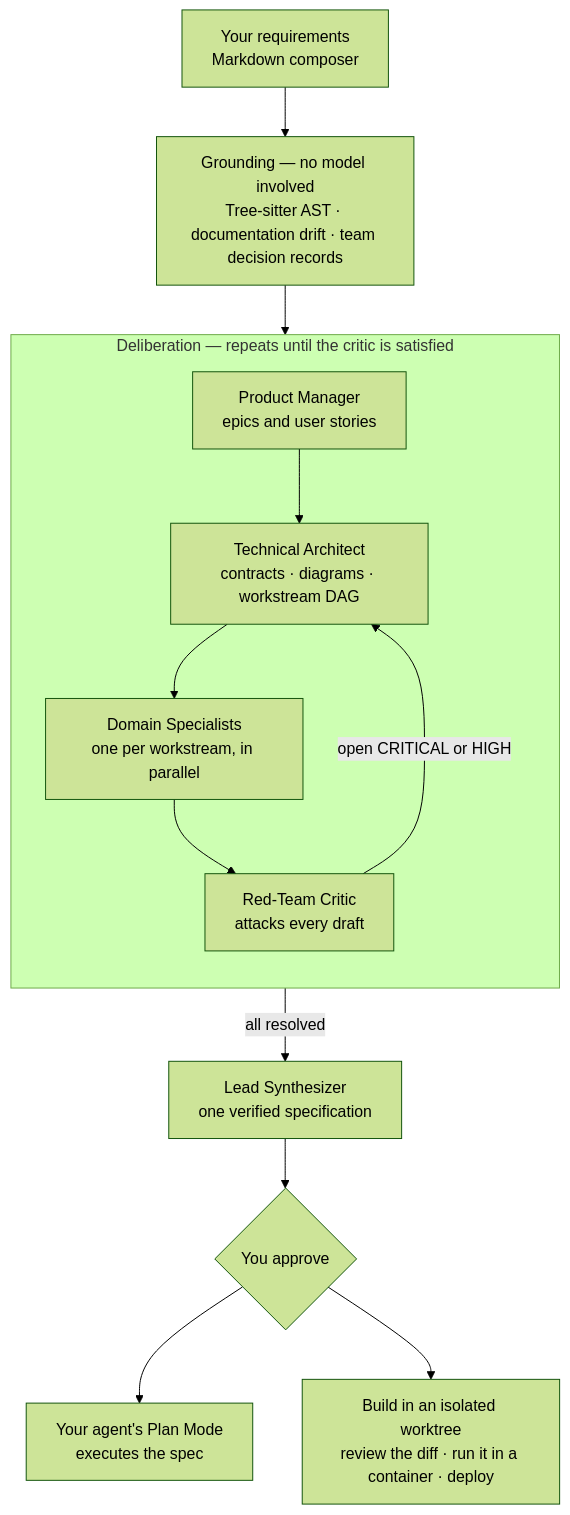
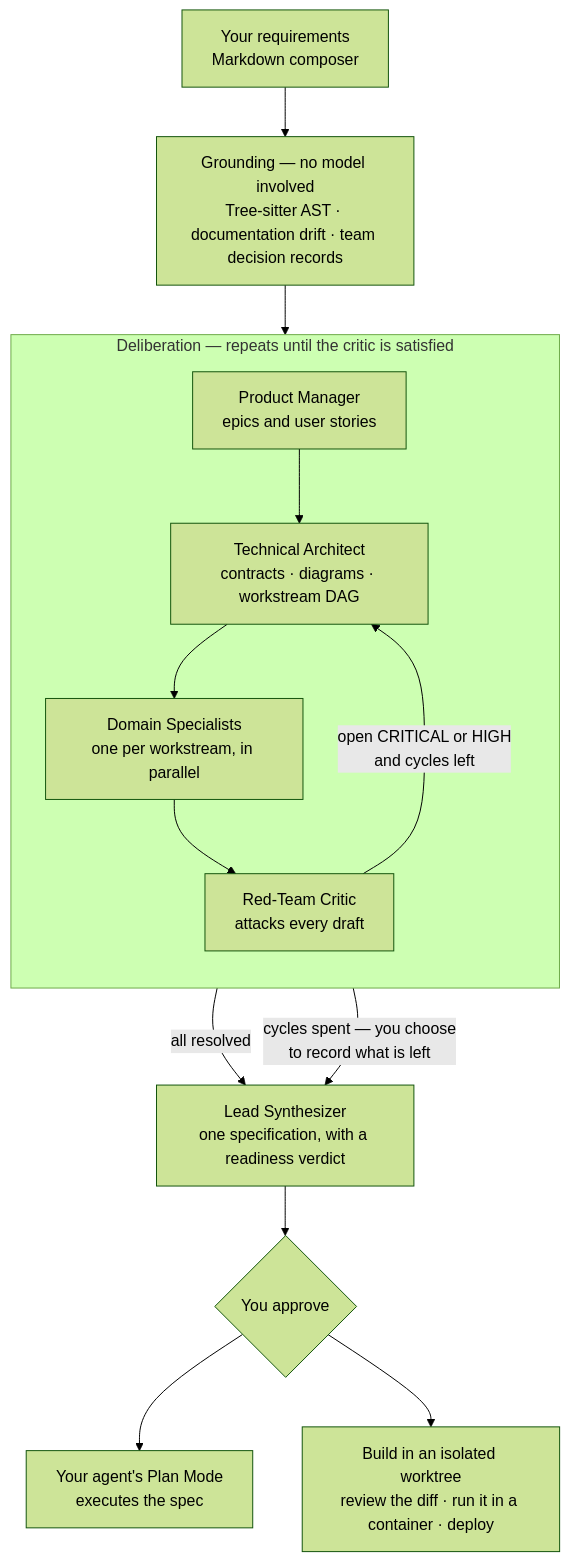
Before and after one commit to danielckv/agentic-plan-forge: the second of 2 diagrams in README.md, drawn with Mermaid (forest theme). The commit also changed other lines of this file and 15 other files, not shown here.

First line of the commit message:
fix: a run always produces a plan, and says what is still open (#29)

````diff
--- a/README.md
+++ b/README.md
@@ -80,29 +85,30 @@
 ```mermaid
 flowchart TD
     REQ["Your requirements<br/>Markdown composer"]
     GROUND["Grounding — no model involved<br/>Tree-sitter AST · documentation drift · team decision records"]
 
     subgraph CYCLE ["Deliberation — repeats until the critic is satisfied"]
         direction TB
         PM["Product Manager<br/>epics and user stories"]
         ARCH["Technical Architect<br/>contracts · diagrams · workstream DAG"]
         SPEC["Domain Specialists<br/>one per workstream, in parallel"]
         CRIT["Red-Team Critic<br/>attacks every draft"]
         PM --> ARCH
         ARCH --> SPEC
         SPEC --> CRIT
-        CRIT -->|"open CRITICAL or HIGH"| ARCH
+        CRIT -->|"open CRITICAL or HIGH<br/>and cycles left"| ARCH
     end
 
-    SYNTH["Lead Synthesizer<br/>one verified specification"]
+    SYNTH["Lead Synthesizer<br/>one specification, with a readiness verdict"]
     GATE{"You approve"}
     MODE["Your agent's Plan Mode<br/>executes the spec"]
     BUILD["Build in an isolated worktree<br/>review the diff · run it in a container · deploy"]
 
     REQ --> GROUND
     GROUND --> PM
     CRIT -->|"all resolved"| SYNTH
+    CRIT -->|"cycles spent — you choose<br/>to record what is left"| SYNTH
     SYNTH --> GATE
     GATE --> MODE
     GATE --> BUILD
 ```
````
